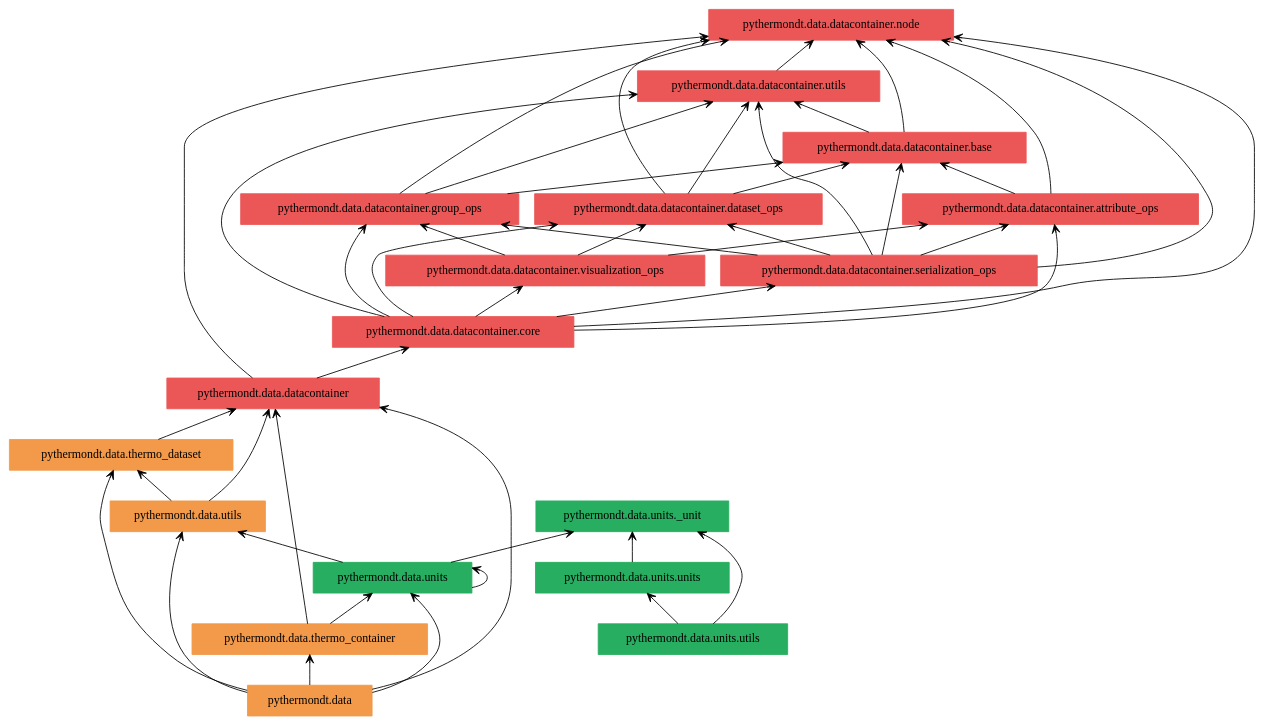
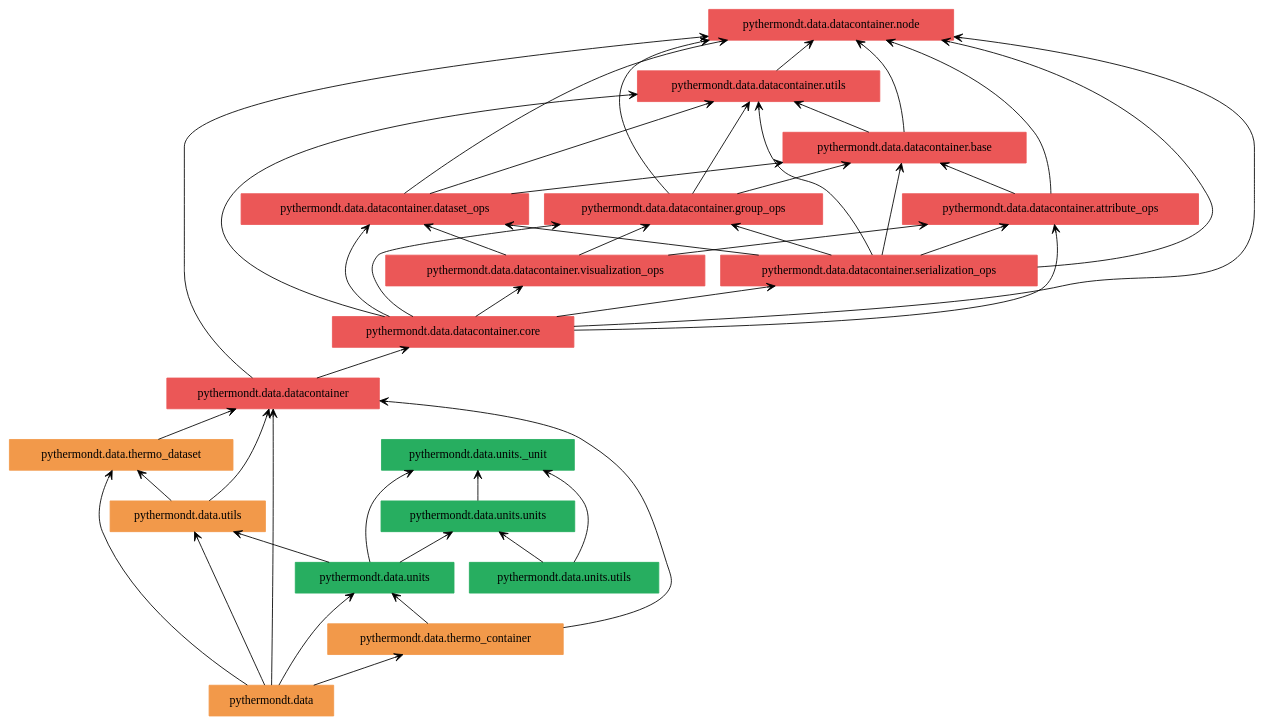
Before and after one commit to voidsy-gmbh/pyThermoNDT: the diagram in docs/pyreverse/graphviz/packages_pythermondt.data.gv, drawn with Graphviz. The commit also changed 26 other files, not shown here.

```diff
--- a/docs/pyreverse/graphviz/packages_pythermondt.data.gv
+++ b/docs/pyreverse/graphviz/packages_pythermondt.data.gv
@@ -1,67 +1,67 @@
 digraph "packages_pythermondt.data" {
 rankdir=BT
 charset="utf-8"
 "pythermondt.data" [color="#F2994A", label=<pythermondt.data>, shape="box", style="filled"];
 "pythermondt.data.datacontainer" [color="#EB5757", label=<pythermondt.data.datacontainer>, shape="box", style="filled"];
 "pythermondt.data.datacontainer.attribute_ops" [color="#EB5757", label=<pythermondt.data.datacontainer.attribute_ops>, shape="box", style="filled"];
 "pythermondt.data.datacontainer.base" [color="#EB5757", label=<pythermondt.data.datacontainer.base>, shape="box", style="filled"];
 "pythermondt.data.datacontainer.core" [color="#EB5757", label=<pythermondt.data.datacontainer.core>, shape="box", style="filled"];
 "pythermondt.data.datacontainer.dataset_ops" [color="#EB5757", label=<pythermondt.data.datacontainer.dataset_ops>, shape="box", style="filled"];
 "pythermondt.data.datacontainer.group_ops" [color="#EB5757", label=<pythermondt.data.datacontainer.group_ops>, shape="box", style="filled"];
 "pythermondt.data.datacontainer.node" [color="#EB5757", label=<pythermondt.data.datacontainer.node>, shape="box", style="filled"];
 "pythermondt.data.datacontainer.serialization_ops" [color="#EB5757", label=<pythermondt.data.datacontainer.serialization_ops>, shape="box", style="filled"];
 "pythermondt.data.datacontainer.utils" [color="#EB5757", label=<pythermondt.data.datacontainer.utils>, shape="box", style="filled"];
 "pythermondt.data.datacontainer.visualization_ops" [color="#EB5757", label=<pythermondt.data.datacontainer.visualization_ops>, shape="box", style="filled"];
 "pythermondt.data.thermo_container" [color="#F2994A", label=<pythermondt.data.thermo_container>, shape="box", style="filled"];
 "pythermondt.data.thermo_dataset" [color="#F2994A", label=<pythermondt.data.thermo_dataset>, shape="box", style="filled"];
 "pythermondt.data.units" [color="#27AE60", label=<pythermondt.data.units>, shape="box", style="filled"];
 "pythermondt.data.units._unit" [color="#27AE60", label=<pythermondt.data.units._unit>, shape="box", style="filled"];
 "pythermondt.data.units.units" [color="#27AE60", label=<pythermondt.data.units.units>, shape="box", style="filled"];
 "pythermondt.data.units.utils" [color="#27AE60", label=<pythermondt.data.units.utils>, shape="box", style="filled"];
 "pythermondt.data.utils" [color="#F2994A", label=<pythermondt.data.utils>, shape="box", style="filled"];
 "pythermondt.data" -> "pythermondt.data.datacontainer" [arrowhead="open", arrowtail="none"];
 "pythermondt.data" -> "pythermondt.data.thermo_container" [arrowhead="open", arrowtail="none"];
 "pythermondt.data" -> "pythermondt.data.thermo_dataset" [arrowhead="open", arrowtail="none"];
 "pythermondt.data" -> "pythermondt.data.units" [arrowhead="open", arrowtail="none"];
 "pythermondt.data" -> "pythermondt.data.utils" [arrowhead="open", arrowtail="none"];
 "pythermondt.data.datacontainer" -> "pythermondt.data.datacontainer.core" [arrowhead="open", arrowtail="none"];
 "pythermondt.data.datacontainer" -> "pythermondt.data.datacontainer.node" [arrowhead="open", arrowtail="none"];
 "pythermondt.data.datacontainer.attribute_ops" -> "pythermondt.data.datacontainer.base" [arrowhead="open", arrowtail="none"];
 "pythermondt.data.datacontainer.attribute_ops" -> "pythermondt.data.datacontainer.node" [arrowhead="open", arrowtail="none"];
 "pythermondt.data.datacontainer.base" -> "pythermondt.data.datacontainer.node" [arrowhead="open", arrowtail="none"];
 "pythermondt.data.datacontainer.base" -> "pythermondt.data.datacontainer.utils" [arrowhead="open", arrowtail="none"];
 "pythermondt.data.datacontainer.core" -> "pythermondt.data.datacontainer.attribute_ops" [arrowhead="open", arrowtail="none"];
 "pythermondt.data.datacontainer.core" -> "pythermondt.data.datacontainer.dataset_ops" [arrowhead="open", arrowtail="none"];
 "pythermondt.data.datacontainer.core" -> "pythermondt.data.datacontainer.group_ops" [arrowhead="open", arrowtail="none"];
 "pythermondt.data.datacontainer.core" -> "pythermondt.data.datacontainer.node" [arrowhead="open", arrowtail="none"];
 "pythermondt.data.datacontainer.core" -> "pythermondt.data.datacontainer.serialization_ops" [arrowhead="open", arrowtail="none"];
 "pythermondt.data.datacontainer.core" -> "pythermondt.data.datacontainer.utils" [arrowhead="open", arrowtail="none"];
 "pythermondt.data.datacontainer.core" -> "pythermondt.data.datacontainer.visualization_ops" [arrowhead="open", arrowtail="none"];
 "pythermondt.data.datacontainer.dataset_ops" -> "pythermondt.data.datacontainer.base" [arrowhead="open", arrowtail="none"];
 "pythermondt.data.datacontainer.dataset_ops" -> "pythermondt.data.datacontainer.node" [arrowhead="open", arrowtail="none"];
 "pythermondt.data.datacontainer.dataset_ops" -> "pythermondt.data.datacontainer.utils" [arrowhead="open", arrowtail="none"];
 "pythermondt.data.datacontainer.group_ops" -> "pythermondt.data.datacontainer.base" [arrowhead="open", arrowtail="none"];
 "pythermondt.data.datacontainer.group_ops" -> "pythermondt.data.datacontainer.node" [arrowhead="open", arrowtail="none"];
 "pythermondt.data.datacontainer.group_ops" -> "pythermondt.data.datacontainer.utils" [arrowhead="open", arrowtail="none"];
 "pythermondt.data.datacontainer.serialization_ops" -> "pythermondt.data.datacontainer.attribute_ops" [arrowhead="open", arrowtail="none"];
 "pythermondt.data.datacontainer.serialization_ops" -> "pythermondt.data.datacontainer.base" [arrowhead="open", arrowtail="none"];
 "pythermondt.data.datacontainer.serialization_ops" -> "pythermondt.data.datacontainer.dataset_ops" [arrowhead="open", arrowtail="none"];
 "pythermondt.data.datacontainer.serialization_ops" -> "pythermondt.data.datacontainer.group_ops" [arrowhead="open", arrowtail="none"];
 "pythermondt.data.datacontainer.serialization_ops" -> "pythermondt.data.datacontainer.node" [arrowhead="open", arrowtail="none"];
 "pythermondt.data.datacontainer.serialization_ops" -> "pythermondt.data.datacontainer.utils" [arrowhead="open", arrowtail="none"];
 "pythermondt.data.datacontainer.utils" -> "pythermondt.data.datacontainer.node" [arrowhead="open", arrowtail="none"];
 "pythermondt.data.datacontainer.visualization_ops" -> "pythermondt.data.datacontainer.attribute_ops" [arrowhead="open", arrowtail="none"];
 "pythermondt.data.datacontainer.visualization_ops" -> "pythermondt.data.datacontainer.dataset_ops" [arrowhead="open", arrowtail="none"];
 "pythermondt.data.datacontainer.visualization_ops" -> "pythermondt.data.datacontainer.group_ops" [arrowhead="open", arrowtail="none"];
 "pythermondt.data.thermo_container" -> "pythermondt.data.datacontainer" [arrowhead="open", arrowtail="none"];
 "pythermondt.data.thermo_container" -> "pythermondt.data.units" [arrowhead="open", arrowtail="none"];
 "pythermondt.data.thermo_dataset" -> "pythermondt.data.datacontainer" [arrowhead="open", arrowtail="none"];
-"pythermondt.data.units" -> "pythermondt.data.units" [arrowhead="open", arrowtail="none"];
 "pythermondt.data.units" -> "pythermondt.data.units._unit" [arrowhead="open", arrowtail="none"];
+"pythermondt.data.units" -> "pythermondt.data.units.units" [arrowhead="open", arrowtail="none"];
 "pythermondt.data.units" -> "pythermondt.data.utils" [arrowhead="open", arrowtail="none"];
 "pythermondt.data.units.units" -> "pythermondt.data.units._unit" [arrowhead="open", arrowtail="none"];
 "pythermondt.data.units.utils" -> "pythermondt.data.units._unit" [arrowhead="open", arrowtail="none"];
 "pythermondt.data.units.utils" -> "pythermondt.data.units.units" [arrowhead="open", arrowtail="none"];
 "pythermondt.data.utils" -> "pythermondt.data.datacontainer" [arrowhead="open", arrowtail="none"];
 "pythermondt.data.utils" -> "pythermondt.data.thermo_dataset" [arrowhead="open", arrowtail="none"];
 }
```
